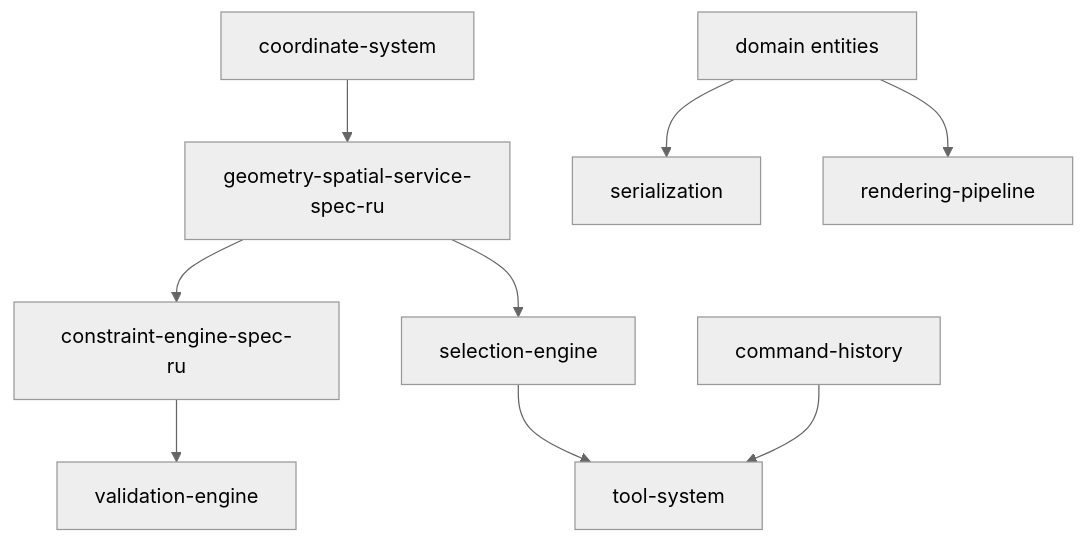
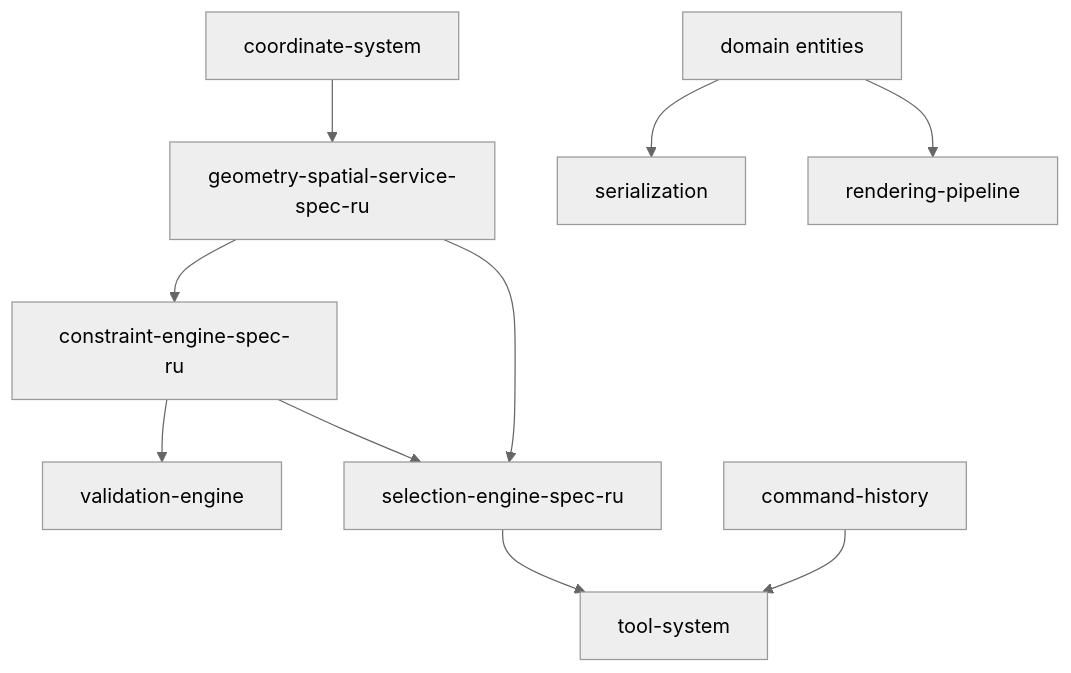
The diagram in AxiCAD/docs/INDEX.md (H4V1K-dev/axicor_enterprise), drawn with Mermaid (neutral theme) before and after one commit. The commit also changed other lines of this file and 9 other files, not shown here.

Commit message:
docs: add selection engine technical specifications and update documentation index

````diff
--- a/AxiCAD/docs/INDEX.md
+++ b/AxiCAD/docs/INDEX.md
@@ -112,11 +114,12 @@
 ```mermaid
 graph TD
     CS[coordinate-system] --> GSS[geometry-spatial-service-spec-ru]
     GSS --> CE[constraint-engine-spec-ru]
     CE --> VE[validation-engine]
-    GSS --> SE[selection-engine]
+    GSS --> SE[selection-engine-spec-ru]
+    CE --> SE
     SE --> TS[tool-system]
     CH[command-history] --> TS
     DOM[domain entities] --> SER[serialization]
     DOM --> RP[rendering-pipeline]
 ```
````
